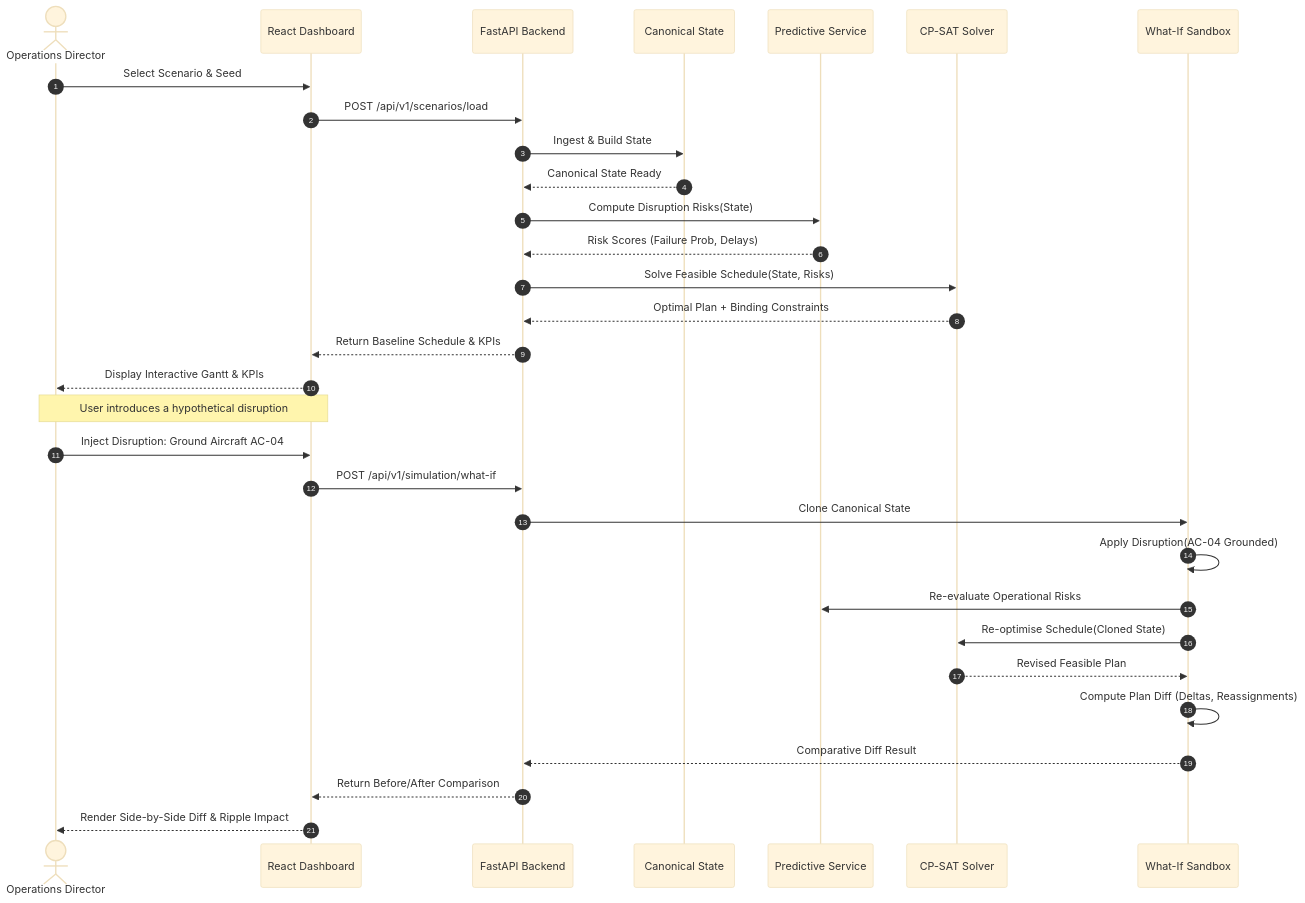
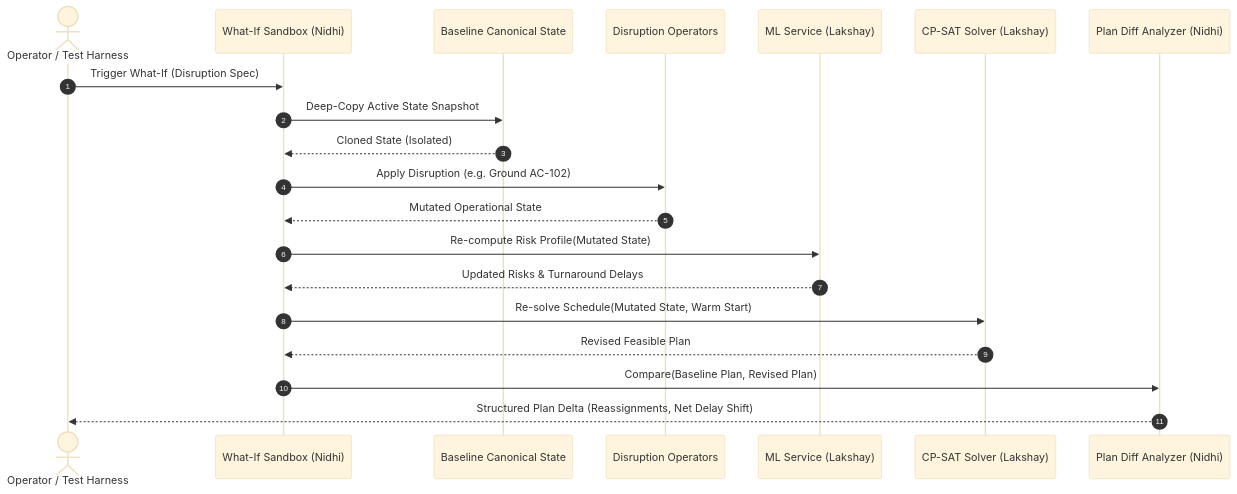
The tenth of 14 diagrams in ARCHITECTURE.md (DAREDEVIL-OF-NEXUS/AirOps-Optimizer), drawn with Mermaid (base theme) before and after one commit. The commit also changed other lines of this file and 16 other files, not shown here.

````diff
--- a/ARCHITECTURE.md
+++ b/ARCHITECTURE.md
@@ -137,37 +244,23 @@
 ```mermaid
 sequenceDiagram
     autonumber
-    actor Operator as Operations Director
-    participant UI as React Dashboard
-    participant API as FastAPI Backend
-    participant State as Canonical State
-    participant Predictor as Predictive Service
-    participant Optimiser as CP-SAT Solver
-    participant Sandbox as What-If Sandbox
+    actor User as Operator / Test Harness
+    participant Sandbox as What-If Sandbox (Nidhi)
+    participant State as Baseline Canonical State
+    participant Mutator as Disruption Operators
+    participant Predictor as ML Service (Lakshay)
+    participant Solver as CP-SAT Solver (Lakshay)
+    participant Diff as Plan Diff Analyzer (Nidhi)
 
-    Operator->>UI: Select Scenario & Seed
-    UI->>API: POST /api/v1/scenarios/load
-    API->>State: Ingest & Build State
-    State-->>API: Canonical State Ready
-    
-    API->>Predictor: Compute Disruption Risks(State)
-    Predictor-->>API: Risk Scores (Failure Prob, Delays)
-    
-    API->>Optimiser: Solve Feasible Schedule(State, Risks)
-    Optimiser-->>API: Optimal Plan + Binding Constraints
-    API-->>UI: Return Baseline Schedule & KPIs
-    UI-->>Operator: Display Interactive Gantt & KPIs
-
-    Note over Operator,UI: User introduces a hypothetical disruption
-    Operator->>UI: Inject Disruption: Ground Aircraft AC-04
-    UI->>API: POST /api/v1/simulation/what-if
-    API->>Sandbox: Clone Canonical State
-    Sandbox->>Sandbox: Apply Disruption(AC-04 Grounded)
-    Sandbox->>Predictor: Re-evaluate Operational Risks
-    Sandbox->>Optimiser: Re-optimise Schedule(Cloned State)
-    Optimiser-->>Sandbox: Revised Feasible Plan
-    Sandbox->>Sandbox: Compute Plan Diff (Deltas, Reassignments)
-    Sandbox-->>API: Comparative Diff Result
-    API-->>UI: Return Before/After Comparison
-    UI-->>Operator: Render Side-by-Side Diff & Ripple Impact
+    User->>Sandbox: Trigger What-If (Disruption Spec)
+    Sandbox->>State: Deep-Copy Active State Snapshot
+    State-->>Sandbox: Cloned State (Isolated)
+    Sandbox->>Mutator: Apply Disruption (e.g. Ground AC-102)
+    Mutator-->>Sandbox: Mutated Operational State
+    Sandbox->>Predictor: Re-compute Risk Profile(Mutated State)
+    Predictor-->>Sandbox: Updated Risks & Turnaround Delays
+    Sandbox->>Solver: Re-solve Schedule(Mutated State, Warm Start)
+    Solver-->>Sandbox: Revised Feasible Plan
+    Sandbox->>Diff: Compare(Baseline Plan, Revised Plan)
+    Diff-->>User: Structured Plan Delta (Reassignments, Net Delay Shift)
 ```
````
